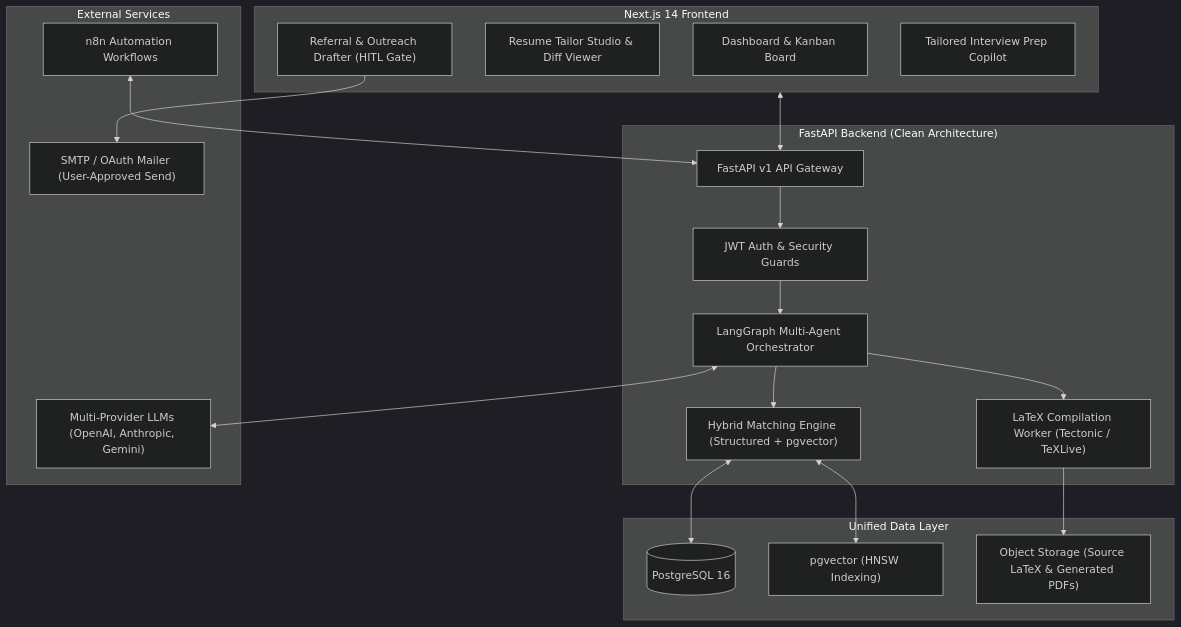
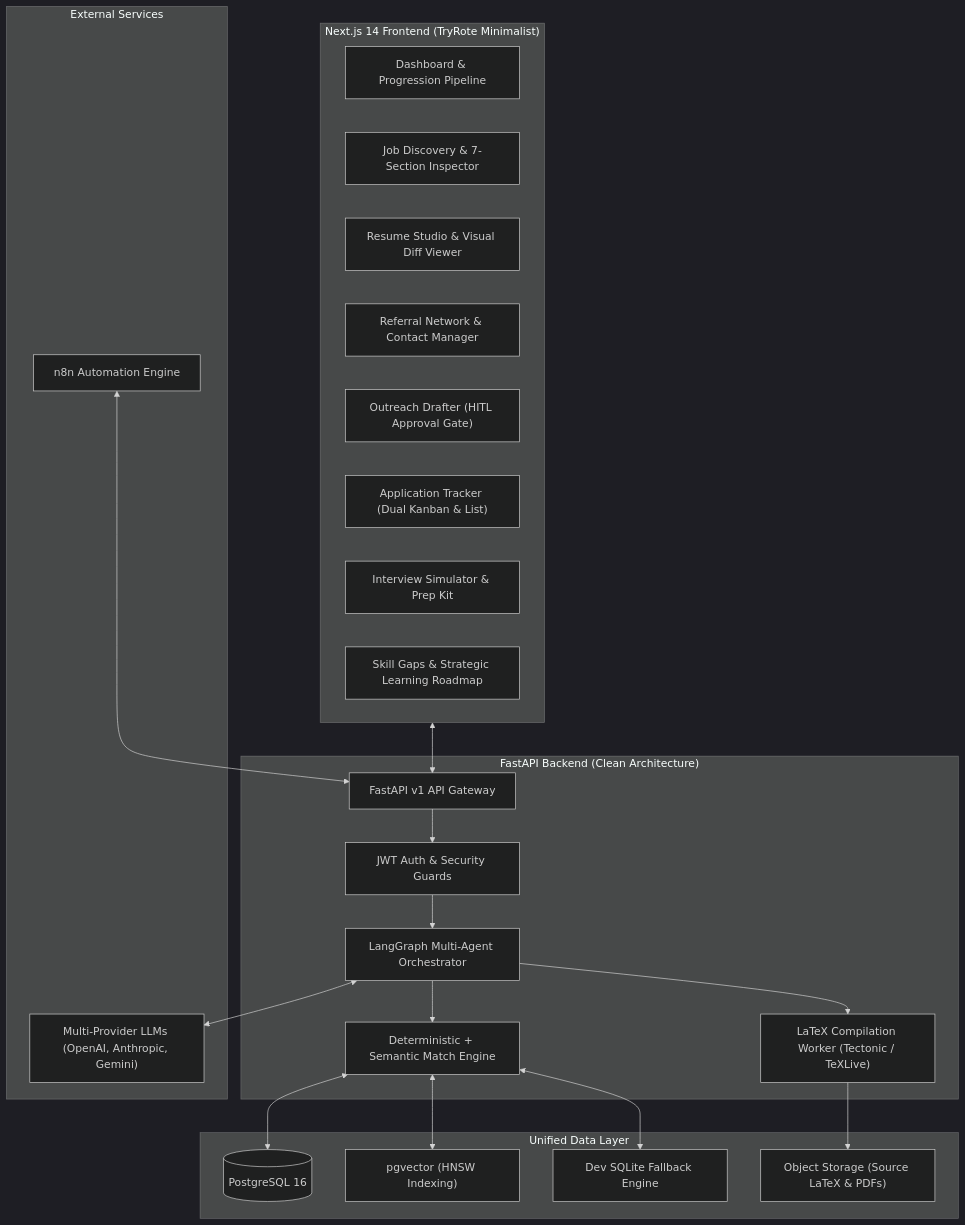
The diagram in README.md (MUHAMMADZAIDHAQUE/CareerPilot), drawn with Mermaid (dark theme) before and after one commit. The commit also changed other lines of this file and 65 other files, not shown here.

Commit message:
feat: complete Phase 15 production polish with TryRote-inspired UI and full verification

````diff
--- a/README.md
+++ b/README.md
@@ -29,41 +32,45 @@
 ```mermaid
 flowchart TB
-    subgraph Frontend ["Next.js 14 Frontend"]
-        Dashboard["Dashboard & Kanban Board"]
-        TailorStudio["Resume Tailor Studio & Diff Viewer"]
-        OutreachHub["Referral & Outreach Drafter (HITL Gate)"]
-        InterviewRoom["Tailored Interview Prep Copilot"]
+    subgraph Frontend ["Next.js 14 Frontend (TryRote Minimalist)"]
+        Dashboard["Dashboard & Progression Pipeline"]
+        JobDiscovery["Job Discovery & 7-Section Inspector"]
+        TailorStudio["Resume Studio & Visual Diff Viewer"]
+        ReferralCRM["Referral Network & Contact Manager"]
+        OutreachHub["Outreach Drafter (HITL Approval Gate)"]
+        KanbanCRM["Application Tracker (Dual Kanban & List)"]
+        InterviewRoom["Interview Simulator & Prep Kit"]
+        InsightsHub["Skill Gaps & Strategic Learning Roadmap"]
     end
 
     subgraph Backend ["FastAPI Backend (Clean Architecture)"]
         APIGateway["FastAPI v1 API Gateway"]
         AuthLayer["JWT Auth & Security Guards"]
         LangGraphEngine["LangGraph Multi-Agent Orchestrator"]
         PDFCompiler["LaTeX Compilation Worker (Tectonic / TeXLive)"]
-        MatchingService["Hybrid Matching Engine (Structured + pgvector)"]
+        MatchingService["Deterministic + Semantic Match Engine"]
     end
 
     subgraph Storage ["Unified Data Layer"]
         Postgres[("PostgreSQL 16")]
         PgVector["pgvector (HNSW Indexing)"]
-        BlobStore["Object Storage (Source LaTeX & Generated PDFs)"]
+        DevSqlite["Dev SQLite Fallback Engine"]
+        BlobStore["Object Storage (Source LaTeX & PDFs)"]
     end
 
     subgraph External ["External Services"]
         LLMs["Multi-Provider LLMs (OpenAI, Anthropic, Gemini)"]
-        N8N["n8n Automation Workflows"]
-        Mail["SMTP / OAuth Mailer (User-Approved Send)"]
+        N8N["n8n Automation Engine"]
     end
 
     Frontend <--> APIGateway
     APIGateway --> AuthLayer
     AuthLayer --> LangGraphEngine
     LangGraphEngine --> MatchingService
     LangGraphEngine --> PDFCompiler
     MatchingService <--> PgVector
     MatchingService <--> Postgres
+    MatchingService <--> DevSqlite
     PDFCompiler --> BlobStore
     LangGraphEngine <--> LLMs
     N8N <--> APIGateway
-    OutreachHub --> Mail
 ```
````
